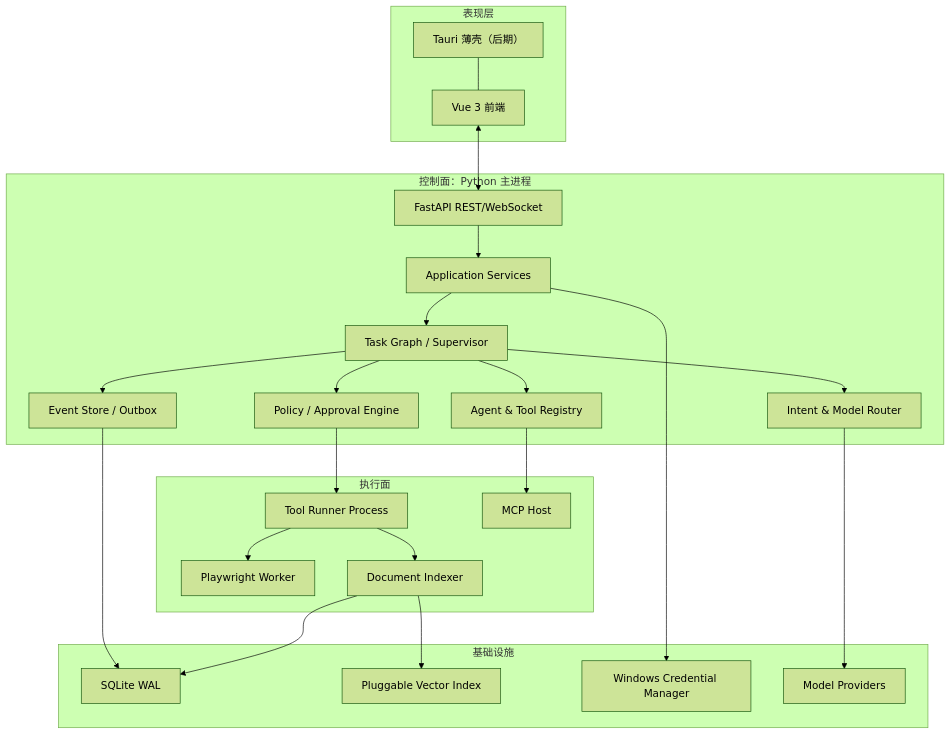
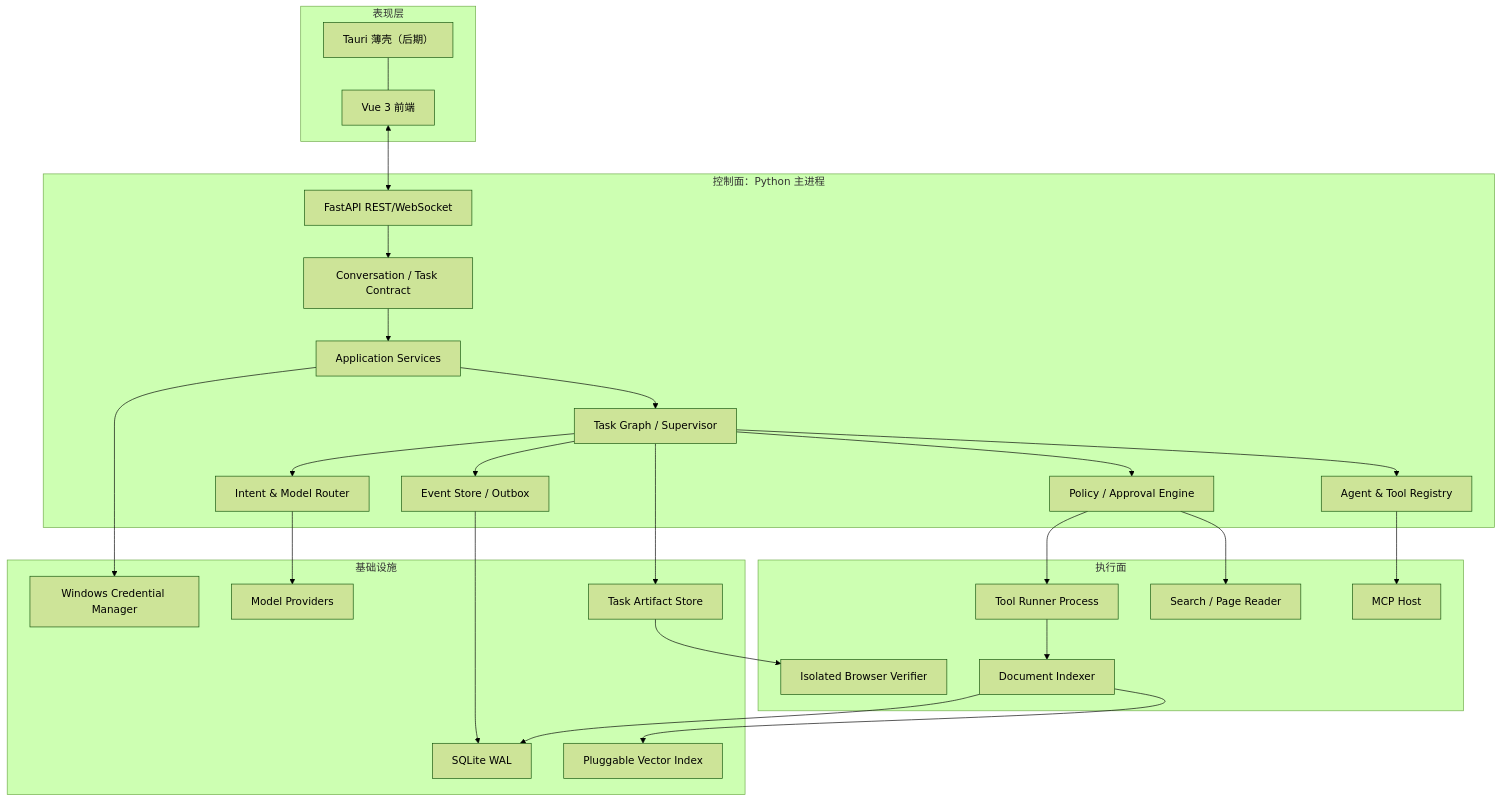
The second of 4 diagrams in doc/02-系统总体架构.md (panxiaoming298-wq/DeskPilot-agent), drawn with Mermaid (forest theme) before and after one commit. The commit also changed other lines of this file and 185 other files, not shown here.

````diff
--- a/doc/02-系统总体架构.md
+++ b/doc/02-系统总体架构.md
@@ -34,48 +36,53 @@
 ```mermaid
 flowchart TB
     subgraph Client["表现层"]
       FE["Vue 3 前端"]
       SHELL["Tauri 薄壳（后期）"]
     end
 
     subgraph Control["控制面：Python 主进程"]
       API["FastAPI REST/WebSocket"]
+      CONV["Conversation / Task Contract"]
       APP["Application Services"]
       GRAPH["Task Graph / Supervisor"]
       ROUTER["Intent & Model Router"]
       POLICY["Policy / Approval Engine"]
       REG["Agent & Tool Registry"]
       EVENTS["Event Store / Outbox"]
     end
 
     subgraph Execution["执行面"]
       RUNNER["Tool Runner Process"]
-      BROWSER["Playwright Worker"]
+      PAGE["Search / Page Reader"]
+      BROWSER["Isolated Browser Verifier"]
       INDEXER["Document Indexer"]
       MCPH["MCP Host"]
     end
 
     subgraph Infra["基础设施"]
       DB["SQLite WAL"]
       VEC["Pluggable Vector Index"]
       CREDS["Windows Credential Manager"]
       MODELS["Model Providers"]
+      ART["Task Artifact Store"]
     end
 
     FE <--> API
     SHELL --- FE
-    API --> APP --> GRAPH
+    API --> CONV --> APP --> GRAPH
     GRAPH --> ROUTER
     GRAPH --> POLICY
     GRAPH --> REG
     GRAPH --> EVENTS
     POLICY --> RUNNER
-    RUNNER --> BROWSER
+    POLICY --> PAGE
+    GRAPH --> ART
+    ART --> BROWSER
     RUNNER --> INDEXER
     REG --> MCPH
     ROUTER --> MODELS
     EVENTS --> DB
     INDEXER --> DB
     INDEXER --> VEC
     APP --> CREDS
 ```
````
